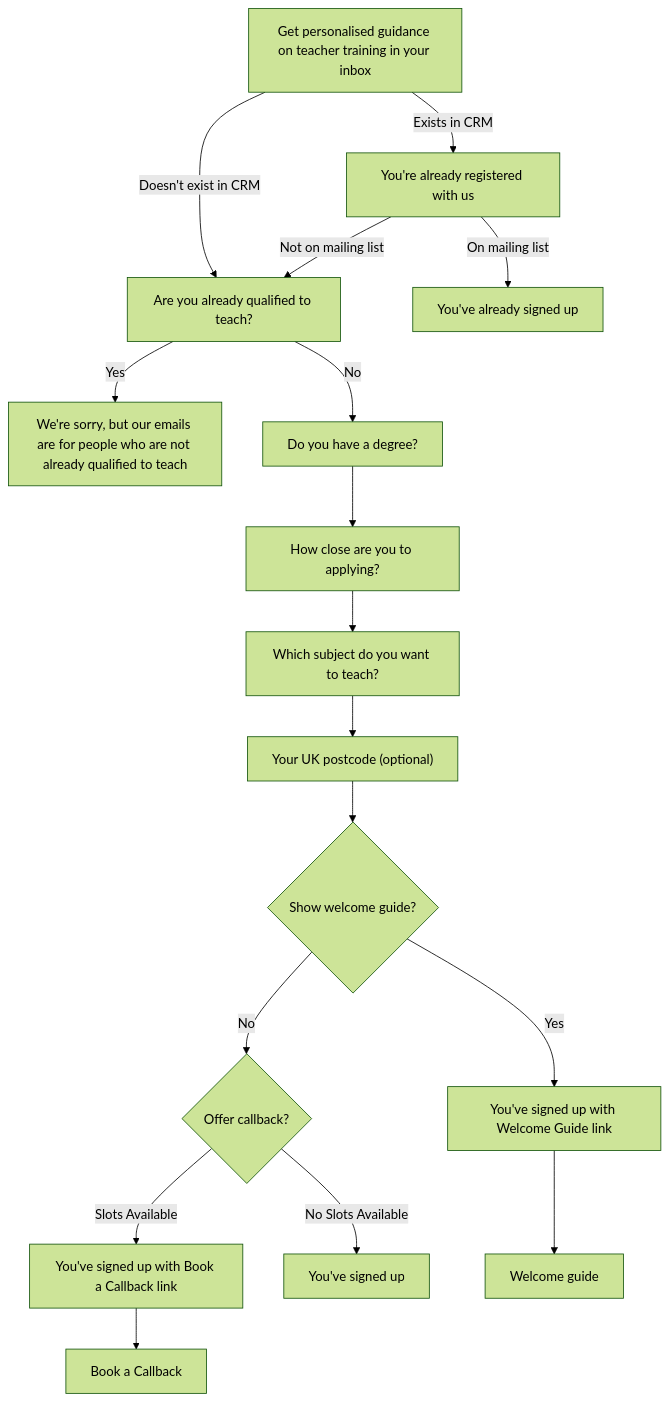
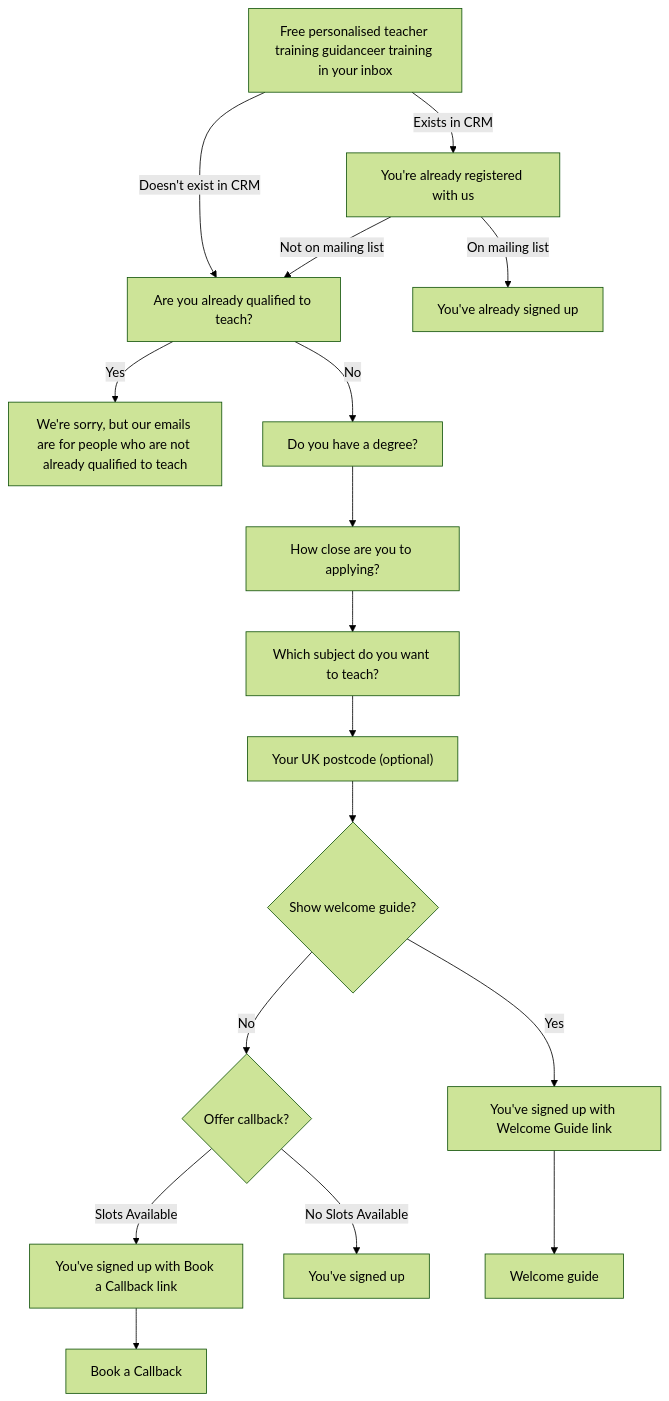
The first of 3 diagrams in docs/sign-up-journeys.md (DFE-Digital/get-into-teaching-app), drawn with Mermaid (forest theme) before and after one commit. The commit also changed 1 other file, not shown here.

````diff
--- a/docs/sign-up-journeys.md
+++ b/docs/sign-up-journeys.md
@@ -7,28 +7,28 @@
 ```mermaid
 graph TD;
-  name[Get personalised guidance on teacher training in your inbox] -- Doesn't exist in CRM --> returning_teacher[Are you already qualified to teach?]
+  name[Free personalised teacher training guidanceer training in your inbox] -- Doesn't exist in CRM --> returning_teacher[Are you already qualified to teach?]
   name -- Exists in CRM --> authenticate[You're already registered with us]
   
   returning_teacher -- Yes --> already_qualified[We're sorry, but our emails are for people who are not already qualified to teach]
   returning_teacher -- No --> degree_status[Do you have a degree?]
 
   authenticate -- Not on mailing list --> returning_teacher
   authenticate -- On mailing list --> signed_up_already[You've already signed up]
   degree_status --> teacher_training[How close are you to applying?]
   
   teacher_training --> subject[Which subject do you want to teach?]
 
   subject --> postcode["Your UK postcode (optional)"]
   
   postcode --> show_welcome_guide{Show welcome guide?}
   
   show_welcome_guide -- Yes --> completed_with_welcome_guide[You've signed up with Welcome Guide link]
   show_welcome_guide -- No --> offer_callback{Offer callback?}
   
   offer_callback -- Slots Available --> completed_with_callback["You've signed up with Book a Callback link"]
   offer_callback -- No Slots Available --> completed[You've signed up] 
 
   completed_with_welcome_guide --> welcome_guide[Welcome guide]
 
   completed_with_callback --> book_a_callback[Book a Callback]
 ```
````
